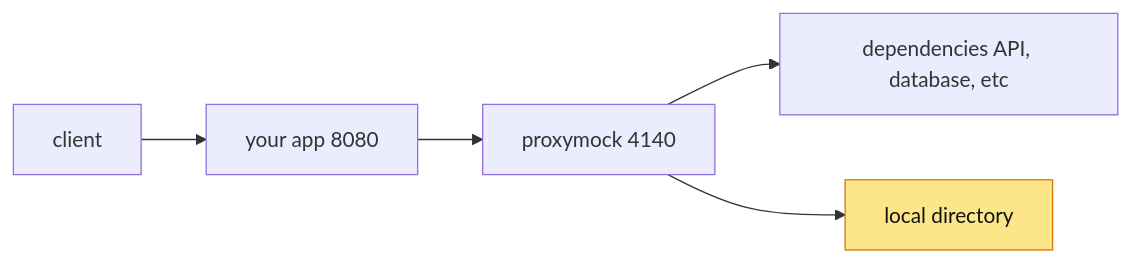
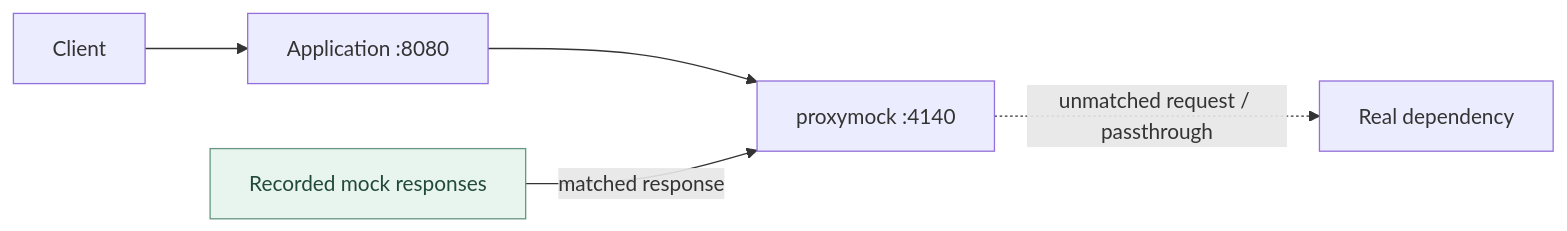
Before and after one commit to speedscale/docs: the fourth of 5 diagrams in docs/proxymock/how-it-works/architecture.md, drawn with Mermaid. The commit also changed other lines of this file and 42 other files, not shown here.

First line of the commit message:
Refresh snapshot visuals and documentation diagrams (#885)

````diff
--- a/docs/proxymock/how-it-works/architecture.md
+++ b/docs/proxymock/how-it-works/architecture.md
@@ -76,6 +78,9 @@
 ```mermaid
 flowchart LR
-  Client[client] --> App[your app 8080] --> PM[proxymock 4140] --> Deps[dependencies API, database, etc]
-  PM --> Local[local directory]
-  style Local fill:#FDE68A,stroke:#D97706,stroke-width:1px,color:#111
+  client["Client"] --> app["Application :8080"]
+  app --> mock["proxymock :4140"]
+  recorded["Recorded mock responses"] -->|"matched response"| mock
+  mock -.->|"unmatched request / passthrough"| dependency["Real dependency"]
+  classDef recorded fill:#e8f4ee,stroke:#679681,color:#224a3a;
+  class recorded recorded;
 ```
````
